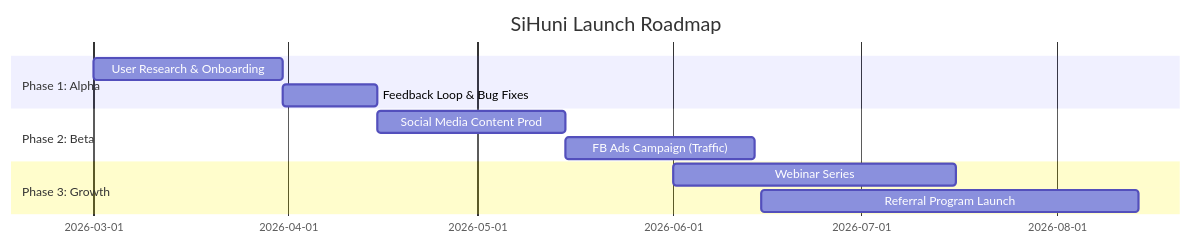
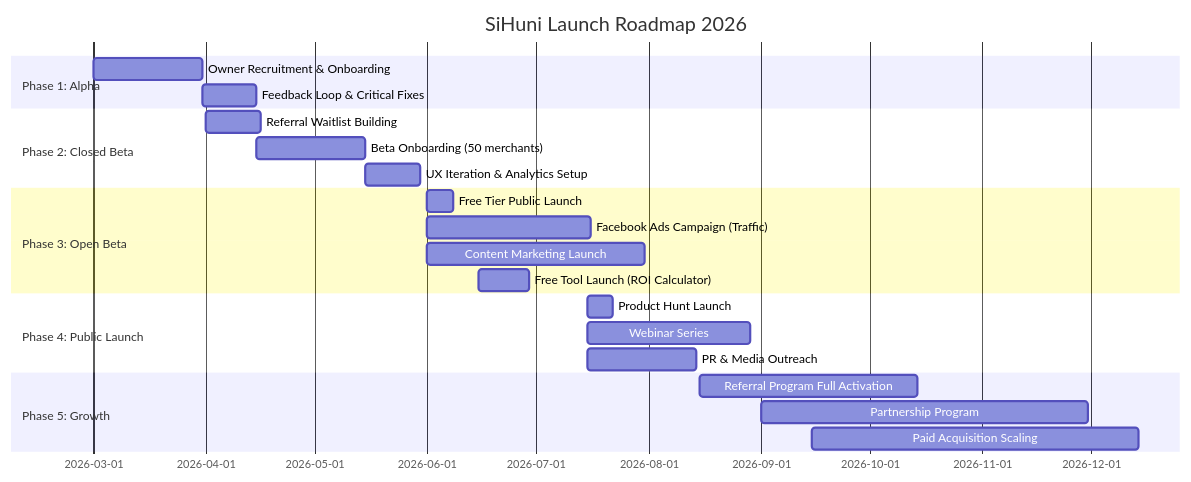
Before and after one commit to itsramaa/Sistem-Hunian: the second of 3 diagrams in docs/marketing.md, drawn with Mermaid. The commit also changed other lines of this file, not shown here.

````diff
--- a/docs/marketing.md
+++ b/docs/marketing.md
@@ -114,14 +558,25 @@
 ```mermaid
 gantt
-    title SiHuni Launch Roadmap
+    title SiHuni Launch Roadmap 2026
     dateFormat  YYYY-MM-DD
     section Phase 1: Alpha
-    User Research & Onboarding    :a1, 2026-03-01, 30d
-    Feedback Loop & Bug Fixes     :a2, after a1, 15d
-    section Phase 2: Beta
-    Social Media Content Prod     :b1, 2026-04-15, 30d
-    FB Ads Campaign (Traffic)     :b2, after b1, 30d
-    section Phase 3: Growth
-    Webinar Series                :c1, 2026-06-01, 45d
-    Referral Program Launch       :c2, 2026-06-15, 60d
+    Owner Recruitment & Onboarding    :a1, 2026-03-01, 30d
+    Feedback Loop & Critical Fixes    :a2, after a1, 15d
+    section Phase 2: Closed Beta
+    Referral Waitlist Building         :b0, 2026-04-01, 15d
+    Beta Onboarding (50 merchants)    :b1, 2026-04-15, 30d
+    UX Iteration & Analytics Setup    :b2, after b1, 15d
+    section Phase 3: Open Beta
+    Free Tier Public Launch            :c0, 2026-06-01, 7d
+    Facebook Ads Campaign (Traffic)    :c1, 2026-06-01, 45d
+    Content Marketing Launch           :c2, 2026-06-01, 60d
+    Free Tool Launch (ROI Calculator)  :c3, 2026-06-15, 14d
+    section Phase 4: Public Launch
+    Product Hunt Launch                :d1, 2026-07-15, 7d
+    Webinar Series                     :d2, 2026-07-15, 45d
+    PR & Media Outreach                :d3, 2026-07-15, 30d
+    section Phase 5: Growth
+    Referral Program Full Activation   :e1, 2026-08-15, 60d
+    Partnership Program                :e2, 2026-09-01, 90d
+    Paid Acquisition Scaling           :e3, 2026-09-15, 90d
 ```
````
